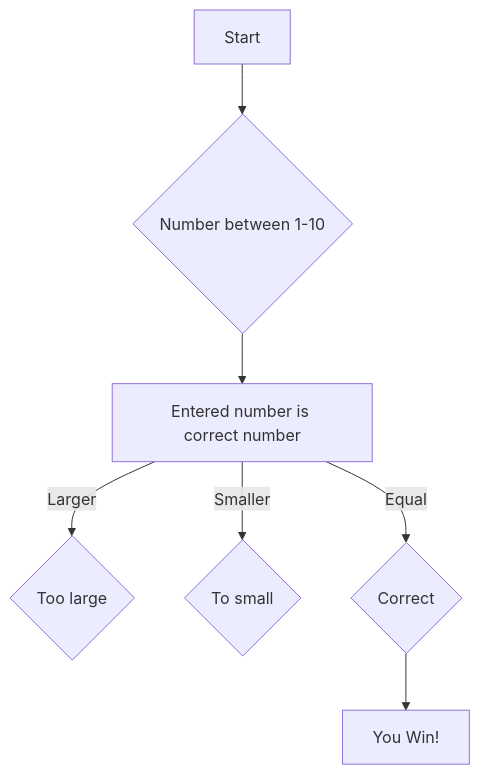
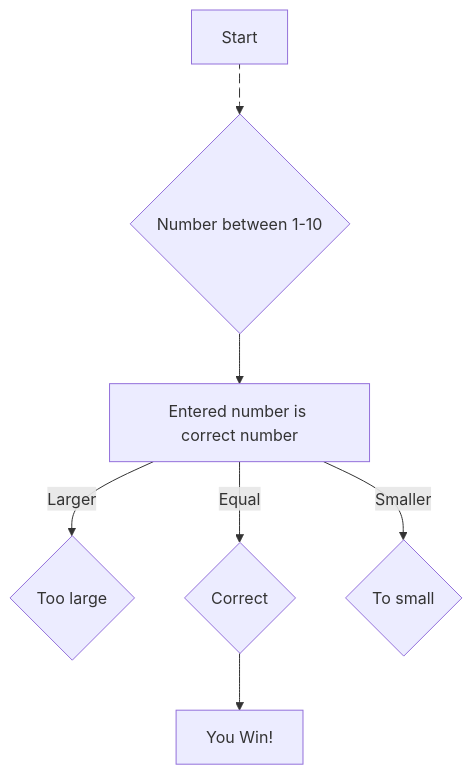
Before and after one commit to DMcilvain2/DMcilvain2.github.io: the diagram in Guessing.md, drawn with Mermaid. The commit also changed other lines of this file, not shown here.

Commit message:
Updated guessing
Changed some lines and added animation

````diff
--- a/Guessing.md
+++ b/Guessing.md
@@ -1,9 +1,10 @@
 ```mermaid
 flowchart TD
-A[Start] --> B{Number between 1-10}
+A[Start] el@--> B{Number between 1-10}
 B --> C[Entered number is correct number]
 C -->|Larger| D{Too large}
+C -->|Equal| F{Correct}
 C -->|Smaller| E{To small}
-C -->|Equal| F{Correct}
-F --> G[You Win!]
+F el@--> G[You Win!]
+el@{ animate: true }
 ```
````
